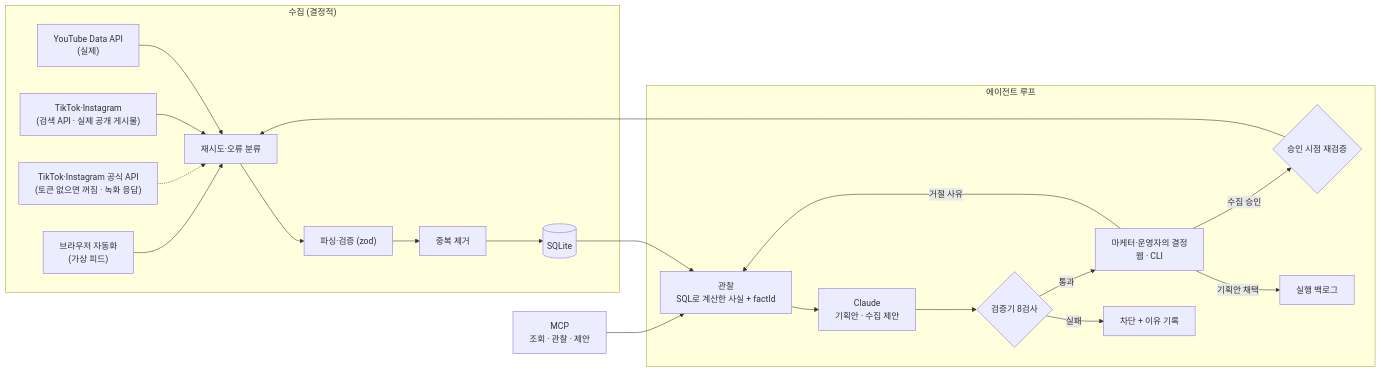
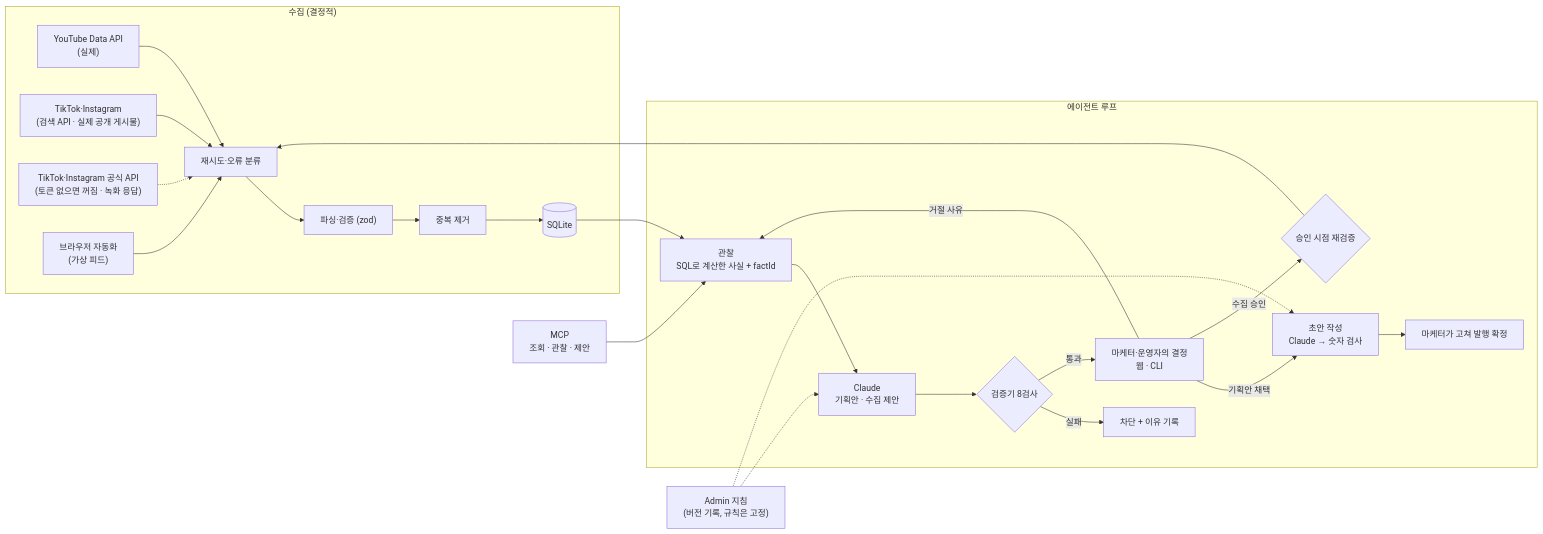
Before and after one commit to jjikkobro/marketing-tool-sy: the diagram in README.md, drawn with Mermaid. The commit also changed other lines of this file and 52 other files, not shown here.

````diff
--- a/README.md
+++ b/README.md
@@ -51,21 +59,23 @@
 ```mermaid
 flowchart LR
   subgraph collect["수집 (결정적)"]
     YT["YouTube Data API<br/>(실제)"] --> R
     SE["TikTok·Instagram<br/>(검색 API · 실제 공개 게시물)"] --> R
     TT["TikTok·Instagram 공식 API<br/>(토큰 없으면 꺼짐 · 녹화 응답)"] -.-> R
     BR["브라우저 자동화<br/>(가상 피드)"] --> R
     R[재시도·오류 분류] --> P["파싱·검증 (zod)"] --> D[중복 제거] --> DB[(SQLite)]
   end
   subgraph agent["에이전트 루프"]
     DB --> O["관찰<br/>SQL로 계산한 사실 + factId"]
     O --> L["Claude<br/>기획안 · 수집 제안"]
     L --> G{"검증기 8검사"}
     G -->|실패| B[차단 + 이유 기록]
     G -->|통과| H["마케터·운영자의 결정<br/>웹 · CLI"]
-    H -->|기획안 채택| BL[실행 백로그]
+    H -->|기획안 채택| DR["초안 작성<br/>Claude → 숫자 검사"] --> PB[마케터가 고쳐 발행 확정]
     H -->|수집 승인| RE{승인 시점 재검증} --> R
     H -->|거절 사유| O
   end
   MCP["MCP<br/>조회 · 관찰 · 제안"] --> O
+  CFG["Admin 지침<br/>(버전 기록, 규칙은 고정)"] -.-> L
+  CFG -.-> DR
 ```
````
